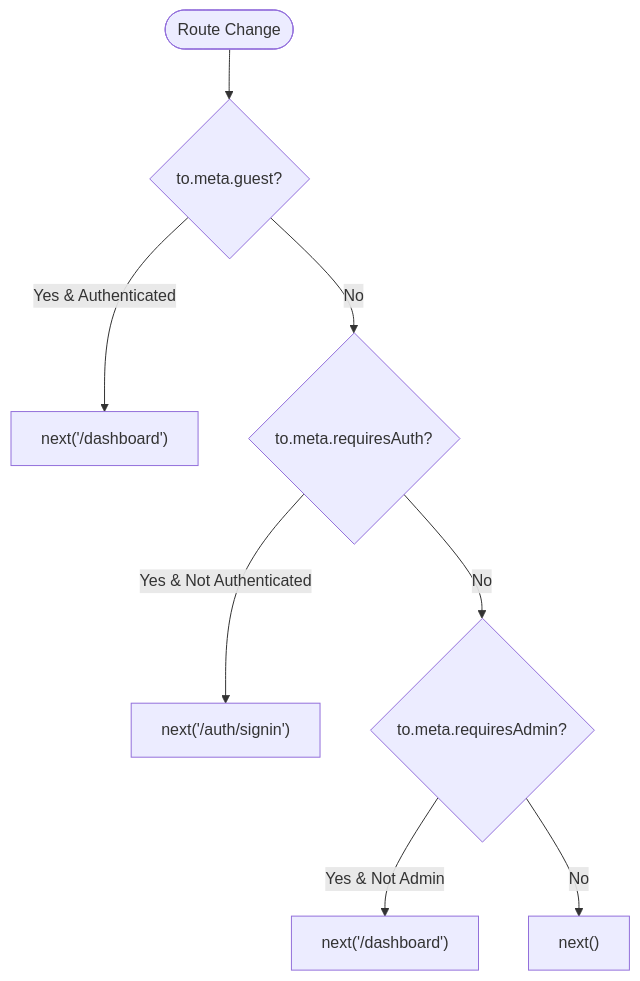
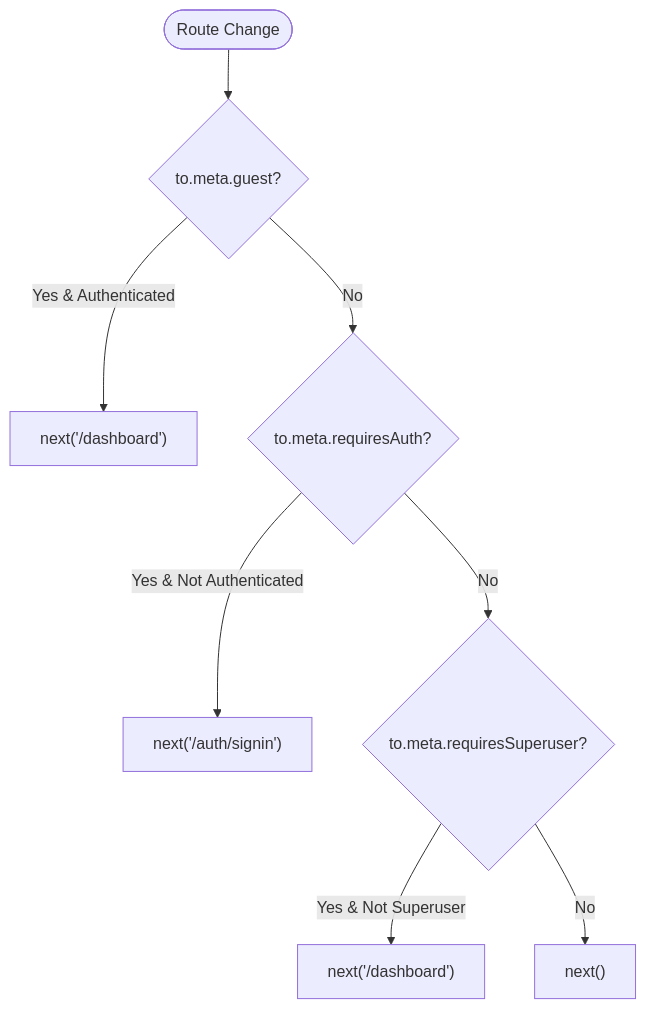
The seventh of 14 diagrams in .qoder/repowiki/en/content/Frontend Architecture/Frontend Architecture.md (Nikita5543/New-SSO-02), drawn with Mermaid before and after one commit. The commit also changed other lines of this file and 4 other files, not shown here.

````diff
--- a/.qoder/repowiki/en/content/Frontend Architecture/Frontend Architecture.md
+++ b/.qoder/repowiki/en/content/Frontend Architecture/Frontend Architecture.md
@@ -384,10 +406,10 @@
 ```mermaid
 flowchart TD
 Enter(["Route Change"]) --> CheckGuest{"to.meta.guest?"}
 CheckGuest --> |Yes & Authenticated| RedirectHome["next('/dashboard')"]
 CheckGuest --> |No| CheckAuth{"to.meta.requiresAuth?"}
 CheckAuth --> |Yes & Not Authenticated| RedirectSignIn["next('/auth/signin')"]
-CheckAuth --> |No| CheckAdmin{"to.meta.requiresAdmin?"}
-CheckAdmin --> |Yes & Not Admin| RedirectDash["next('/dashboard')"]
+CheckAuth --> |No| CheckAdmin{"to.meta.requiresSuperuser?"}
+CheckAdmin --> |Yes & Not Superuser| RedirectDash["next('/dashboard')"]
 CheckAdmin --> |No| Proceed["next()"]
 ```
````
